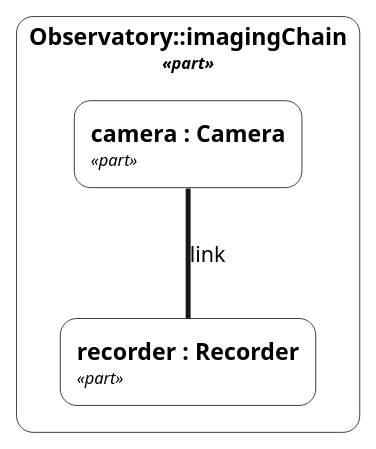
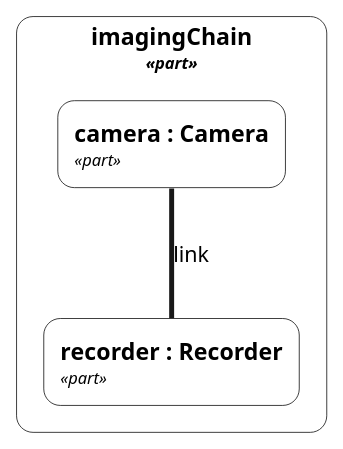
The first of 2 diagrams in internal/doc/docrender/testdata/telescope_report.plantuml.golden.md (Open-MBEE/OpenSysML), drawn with PlantUML before and after one commit. The commit also changed other lines of this file and 52 other files, not shown here.

First line of the commit message:
fix(view): head graphical roots relative to their shared namespace, types by their own name

````diff
--- a/internal/doc/docrender/testdata/telescope_report.plantuml.golden.md
+++ b/internal/doc/docrender/testdata/telescope_report.plantuml.golden.md
@@ -83,50 +83,50 @@
 ```plantuml
 @startuml
 ' Observatory::interconnectView — interconnection rendering (render asInterconnectionDiagram)
 <style>
 root {
   BackGroundColor white
   FontName SansSerif
   FontSize 14
   FontColor black
   LineColor #181818
   HorizontalAlignment left
 }
 element {
   BackGroundColor white
   LineColor #181818
   LineThickness 0.5
   RoundCorner 0
   Shadowing 0.0
 }
 start, end, activityBar {
   BackGroundColor black
 }
 arrow {
   LineColor #181818
   LineThickness 1
   FontSize 13
 }
 note {
   BackGroundColor #FEFFDD
   FontSize 13
 }
 .usage {
   RoundCorner 20
 }
 .package {
   LineThickness 1.5
 }
 .region {
   LineStyle 4
 }
 </style>
 skinparam wrapWidth 300
 hide stereotype
-rectangle "**Observatory::imagingChain**\n<size:10>//«part»//</size>" as n0 <<part>> <<usage>> {
+rectangle "**imagingChain**\n<size:10>//«part»//</size>" as n0 <<part>> <<usage>> {
   rectangle "**camera : Camera**\n<size:10>//«part»//</size>" as n1 <<part>> <<usage>>
   rectangle "**recorder : Recorder**\n<size:10>//«part»//</size>" as n2 <<part>> <<usage>>
 }
 n1 -[thickness=3]- n2 : link
 @enduml
 ```
````
